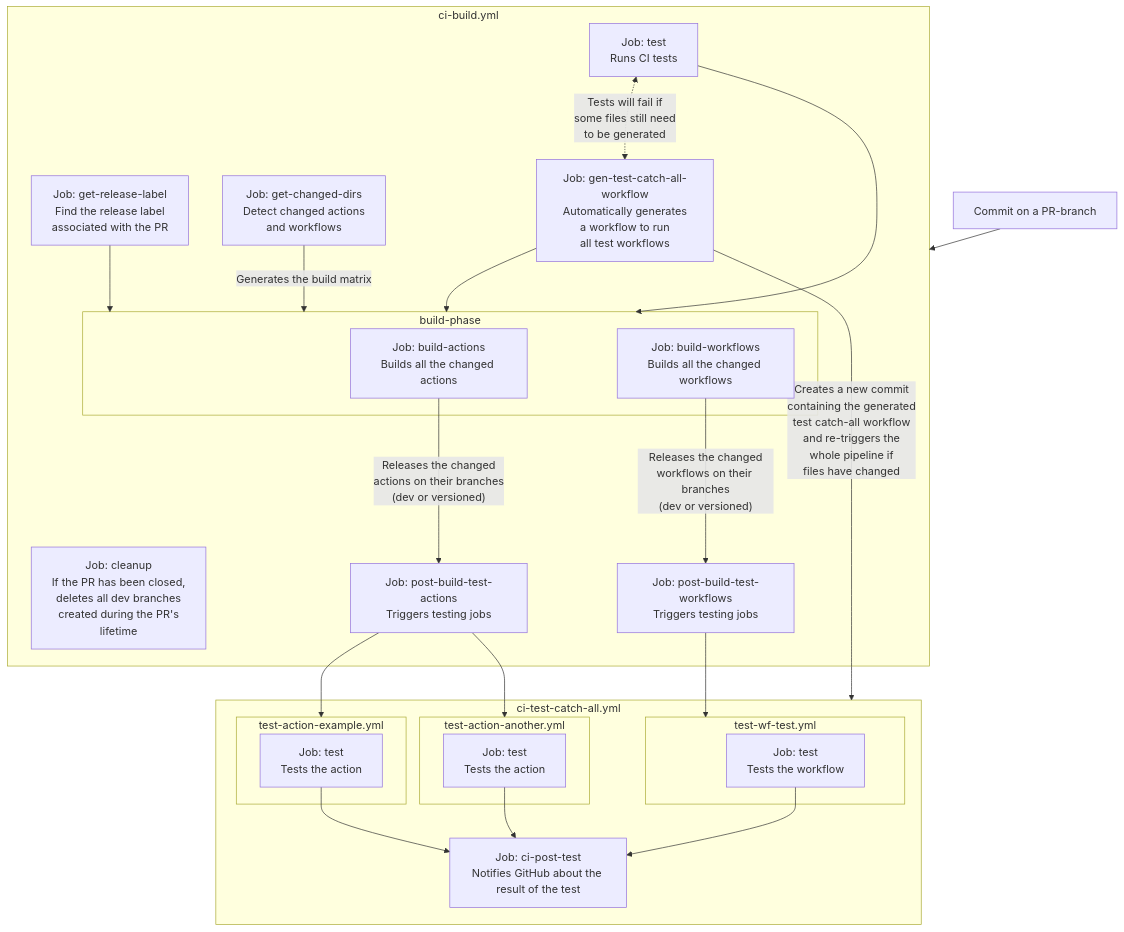
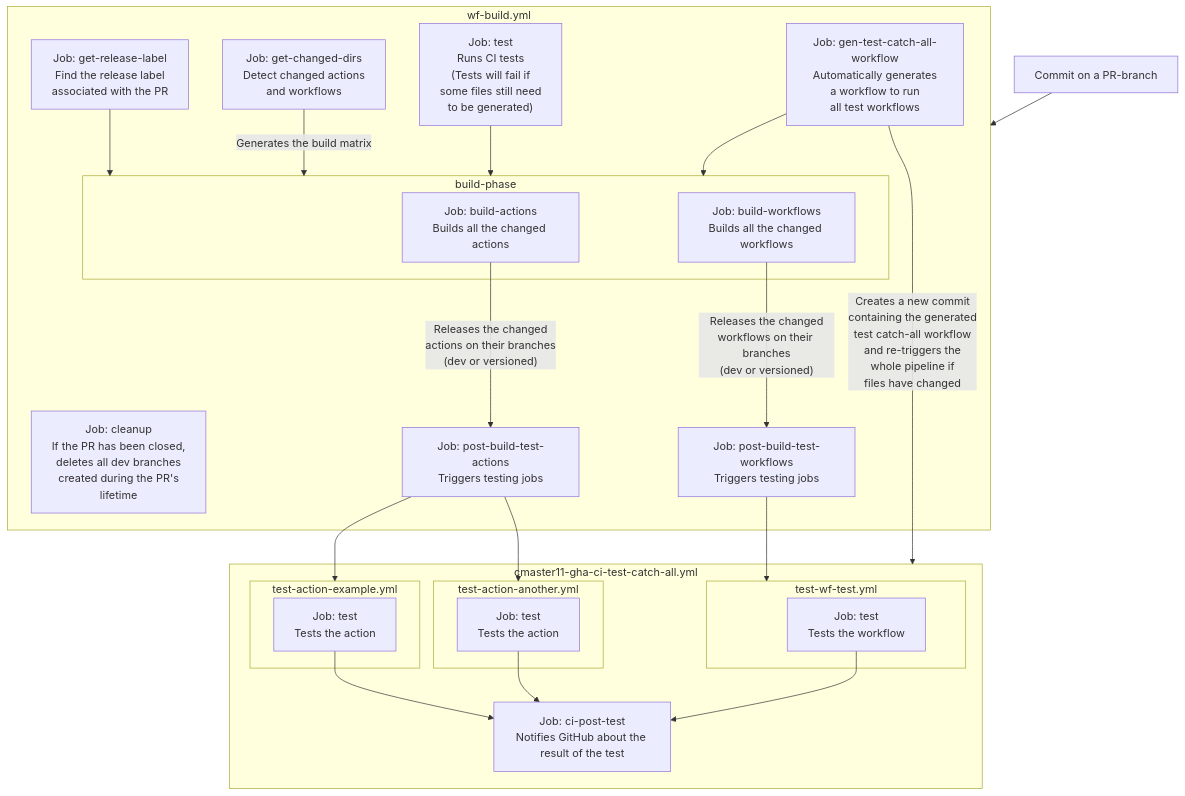
One commit to cmaster11/gha changed the diagram in .github/workflows/wf-build.README.md. Above: the diagram before and after it, drawn with Mermaid. The commit also changed other lines of this file and 13 other files, not shown here.

````diff
--- a/.github/workflows/wf-build.README.md
+++ b/.github/workflows/wf-build.README.md
@@ -301,53 +301,52 @@
 ```mermaid
 flowchart
     commit["Commit on a PR-branch"]
 
-    subgraph ci-build.yml
+    subgraph wf-build.yml
         get-release-label["Job: get-release-label\nFind the release label\nassociated with the PR"]
         get-changed-dirs["Job: get-changed-dirs\nDetect changed actions\nand workflows"]
-        test["Job: test\nRuns CI tests"]
+        test["Job: test\nRuns CI tests\n(Tests will fail if\nsome files still need\nto be generated)"]
         gen-test-catch-all-workflow["Job: gen-test-catch-all-workflow\nAutomatically generates\na workflow to run\nall test workflows"]
         subgraph build-phase
             build-actions["Job: build-actions\nBuilds all the changed actions"]
             build-workflows["Job: build-workflows\nBuilds all the changed workflows"]
         end
         cleanup["Job: cleanup\nIf the PR has been closed,\ndeletes all dev branches\ncreated during the PR's\nlifetime"]
         gen-test-catch-all-workflow --> build-phase
         test --> build-phase
         get-changed-dirs -- Generates the build matrix --> build-phase
         get-release-label --> build-phase
         post-build-test-actions["Job: post-build-test-actions\nTriggers testing jobs"]
         post-build-test-workflows["Job: post-build-test-workflows\nTriggers testing jobs"]
         build-actions -- " Releases the changed\nactions on their branches\n(dev or versioned) " --> post-build-test-actions
         build-workflows -- " Releases the changed\nworkflows on their branches\n(dev or versioned) " --> post-build-test-workflows
-        test <-. " Tests will fail if\nsome files still need\nto be generated " .-> gen-test-catch-all-workflow
     end
 
-    subgraph ci-test-catch-all.yml
+    subgraph cmaster11-gha-ci-test-catch-all.yml
         ci-post-test["Job: ci-post-test\nNotifies GitHub about the result of the test"]
 
         subgraph test-action-example.yml
             test-action-example["Job: test\nTests the action"]
         end
 
         subgraph test-action-another.yml
             test-action-another["Job: test\nTests the action"]
         end
 
         subgraph test-wf-test.yml
             test-wf-test["Job: test\nTests the workflow"]
         end
 
         test-action-example --> ci-post-test
         test-action-another --> ci-post-test
         test-wf-test --> ci-post-test
     end
 
     post-build-test-actions --> test-action-example.yml
     post-build-test-actions --> test-action-another.yml
     post-build-test-workflows --> test-wf-test.yml
 
-    gen-test-catch-all-workflow -- " Creates a new commit\ncontaining the generated\ntest catch-all workflow\nand re-triggers the\nwhole pipeline if\nfiles have changed " --> ci-test-catch-all.yml
-    commit --> ci-build.yml
+    gen-test-catch-all-workflow -- " Creates a new commit\ncontaining the generated\ntest catch-all workflow\nand re-triggers the\nwhole pipeline if\nfiles have changed " --> cmaster11-gha-ci-test-catch-all.yml
+    commit --> wf-build.yml
 
 ```
````
